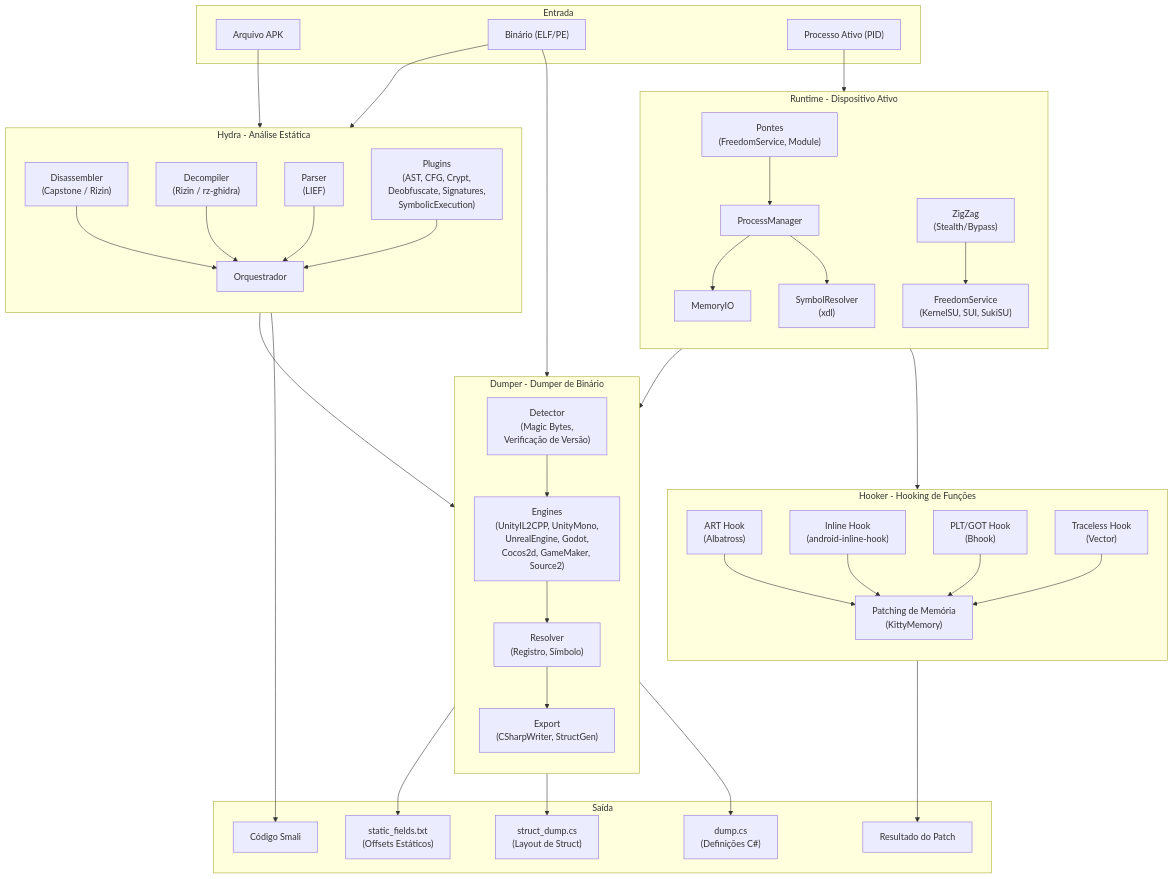
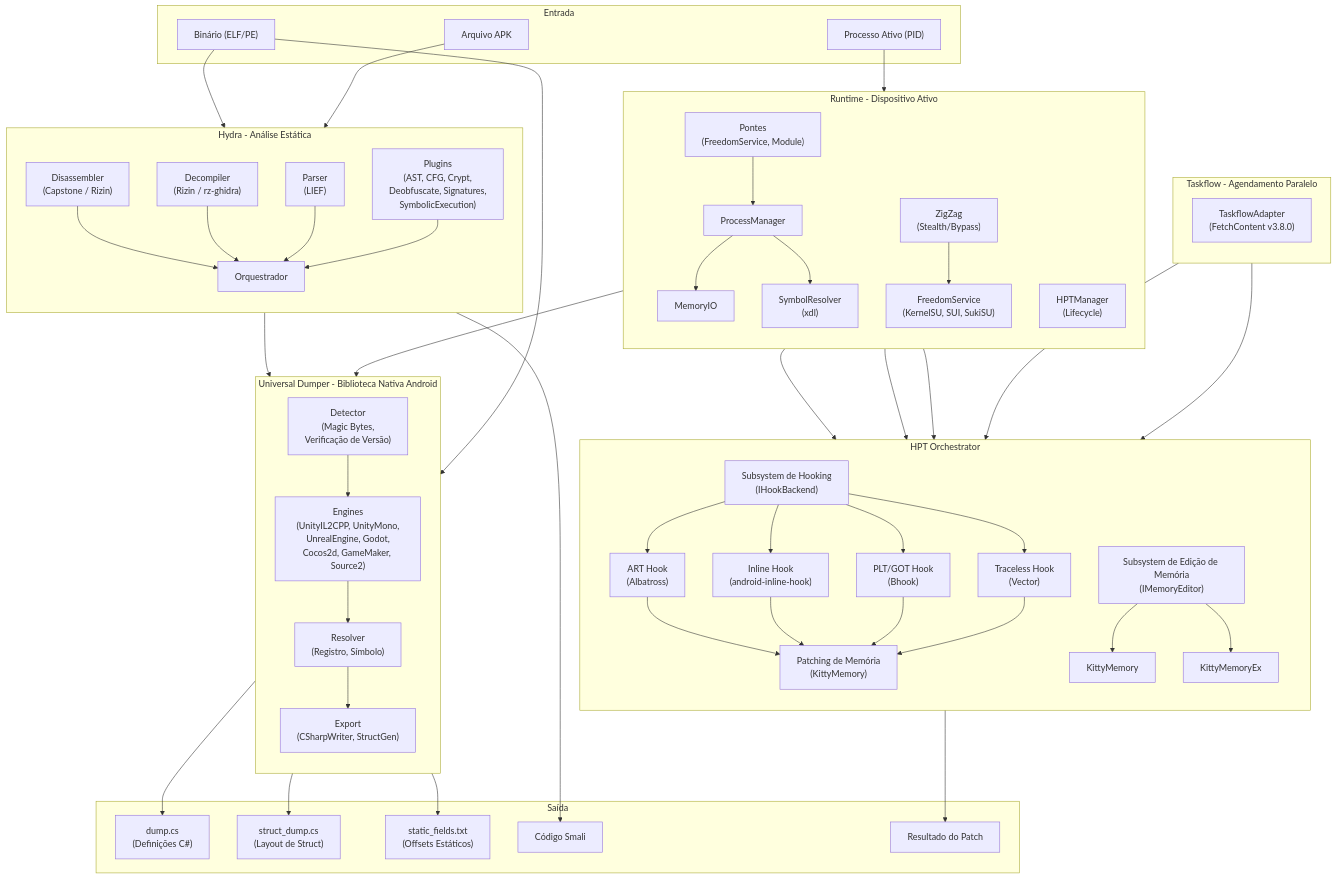
The first of 2 diagrams in README_PT.md (CicakDroid/OmniByte), drawn with Mermaid before and after one commit. The commit also changed other lines of this file and 5 other files, not shown here.

First line of the commit message:
docs: refresh all README diagrams & add build script

````diff
--- a/README_PT.md
+++ b/README_PT.md
@@ -160,7 +168,7 @@
         H_PLG --> H_ORC
     end
 
-    subgraph DUMPER["Dumper - Dumper de Binário"]
+    subgraph DUMPER["Universal Dumper - Biblioteca Nativa Android"]
         direction TB
         D_DET["Detector\n(Magic Bytes,\nVerificação de Versão)"]
         D_ENG["Engines\n(UnityIL2CPP, UnityMono,\nUnrealEngine, Godot,\nCocos2d, GameMaker, Source2)"]
@@ -171,16 +179,20 @@
         D_RES --> D_EXP
     end
 
-    subgraph HOOKER["Hooker - Hooking de Funções"]
+    subgraph HPT["HPT Orchestrator"]
         direction TB
-        HK_ART["ART Hook\n(Albatross)"]
-        HK_INL["Inline Hook\n(android-inline-hook)"]
-        HK_PLT["PLT/GOT Hook\n(Bhook)"]
-        HK_TLS["Traceless Hook\n(Vector)"]
+        HK_MOD["Subsystem de Hooking\n(IHookBackend)"]
+        ME_MOD["Subsystem de Edição de Memória\n(IMemoryEditor)"]
+        HK_MOD --> HK_ART["ART Hook\n(Albatross)"]
+        HK_MOD --> HK_INL["Inline Hook\n(android-inline-hook)"]
+        HK_MOD --> HK_PLT["PLT/GOT Hook\n(Bhook)"]
+        HK_MOD --> HK_TLS["Traceless Hook\n(Vector)"]
         HK_ART --> HK_MEM["Patching de Memória\n(KittyMemory)"]
         HK_INL --> HK_MEM
         HK_PLT --> HK_MEM
         HK_TLS --> HK_MEM
+        ME_MOD --> ME_KIT["KittyMemory"]
+        ME_MOD --> ME_KITX["KittyMemoryEx"]
     end
 
     subgraph RUNTIME["Runtime - Dispositivo Ativo"]
@@ -190,11 +202,19 @@
         R_MIO["MemoryIO"]
         R_SYM["SymbolResolver\n(xdl)"]
         R_ZZ["ZigZag\n(Stealth/Bypass)"]
+        R_HPT["HPTManager\n(Lifecycle)"]
         R_FS["FreedomService\n(KernelSU, SUI, SukiSU)"]
         R_BRG --> R_PM
         R_PM --> R_MIO
         R_PM --> R_SYM
         R_ZZ --> R_FS
+        R_HPT --> HK_MOD
+        R_HPT --> ME_MOD
+    end
+
+    subgraph TASKFLOW["Taskflow - Agendamento Paralelo"]
+        direction TB
+        TF["TaskflowAdapter\n(FetchContent v3.8.0)"]
     end
 
     subgraph OUTPUT["Saída"]
@@ -218,4 +238,6 @@
     HK_MEM --> O_PT
     R_MIO --> HK_MEM
     R_SYM --> D_RES
+    TF --> HK_MOD
+    TF --> ME_MOD
 ```
````
